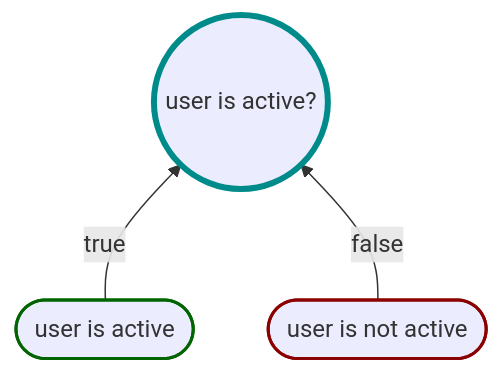
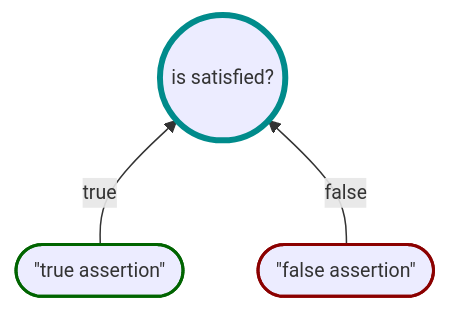
One commit to karlssberg/Motiv changed the diagram in tutorial/ExplanationProposition.md. Above: the diagram before and after it, drawn with Mermaid. The commit also changed other lines of this file and 161 other files, not shown here.

Commit message:
Added policy fluent builder methods/propositions that permit accessing the BooleanResultBase in the WhenTrue/WhenFalse/WhenTrueYield/WhenFalseYield Deprecated the Metadata property for a property called Values.

````diff
--- a/tutorial/ExplanationProposition.md
+++ b/tutorial/ExplanationProposition.md
@@ -11,9 +3,10 @@
 ```mermaid
+%%{init: { 'themeVariables': { 'fontSize': '13px' }}}%%
 flowchart BT
-    True([user is active]) -->|true| P((user is active?))
-    False([user is not active]) -->|false| P
+    True(["&quot;true assertion&quot;"]) -->|true| P((is satisfied?))
+    False(["&quot;false assertion&quot;"]) -->|false| P
 
     style P stroke:darkcyan,stroke-width:4px
     style True stroke:darkgreen,stroke-width:2px
     style False stroke:darkred,stroke-width:2px
 ```
````
